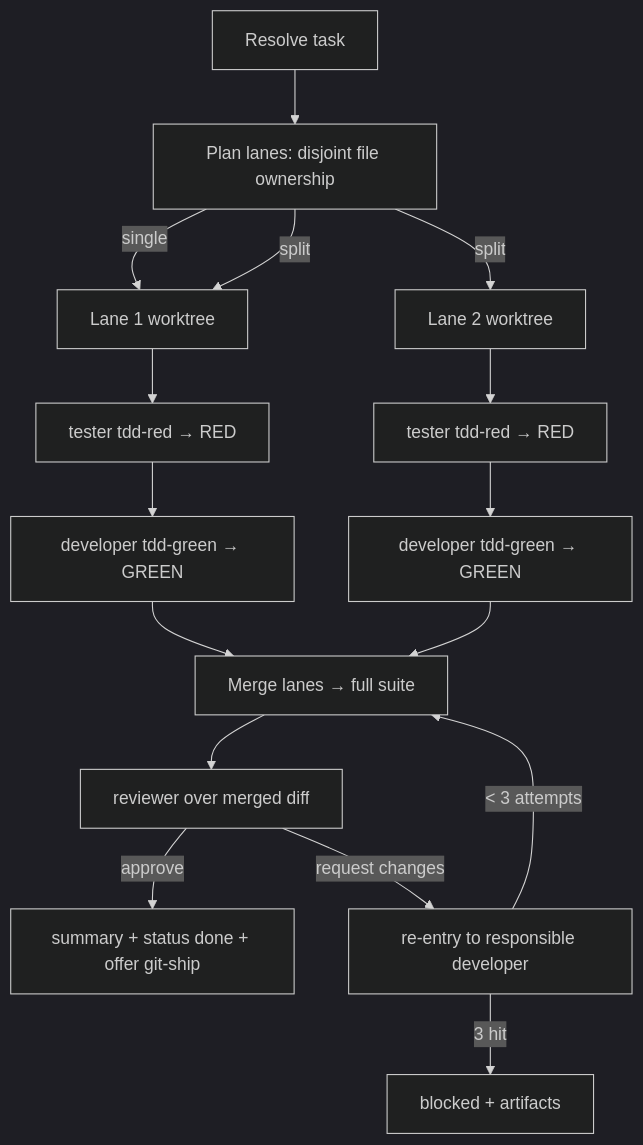
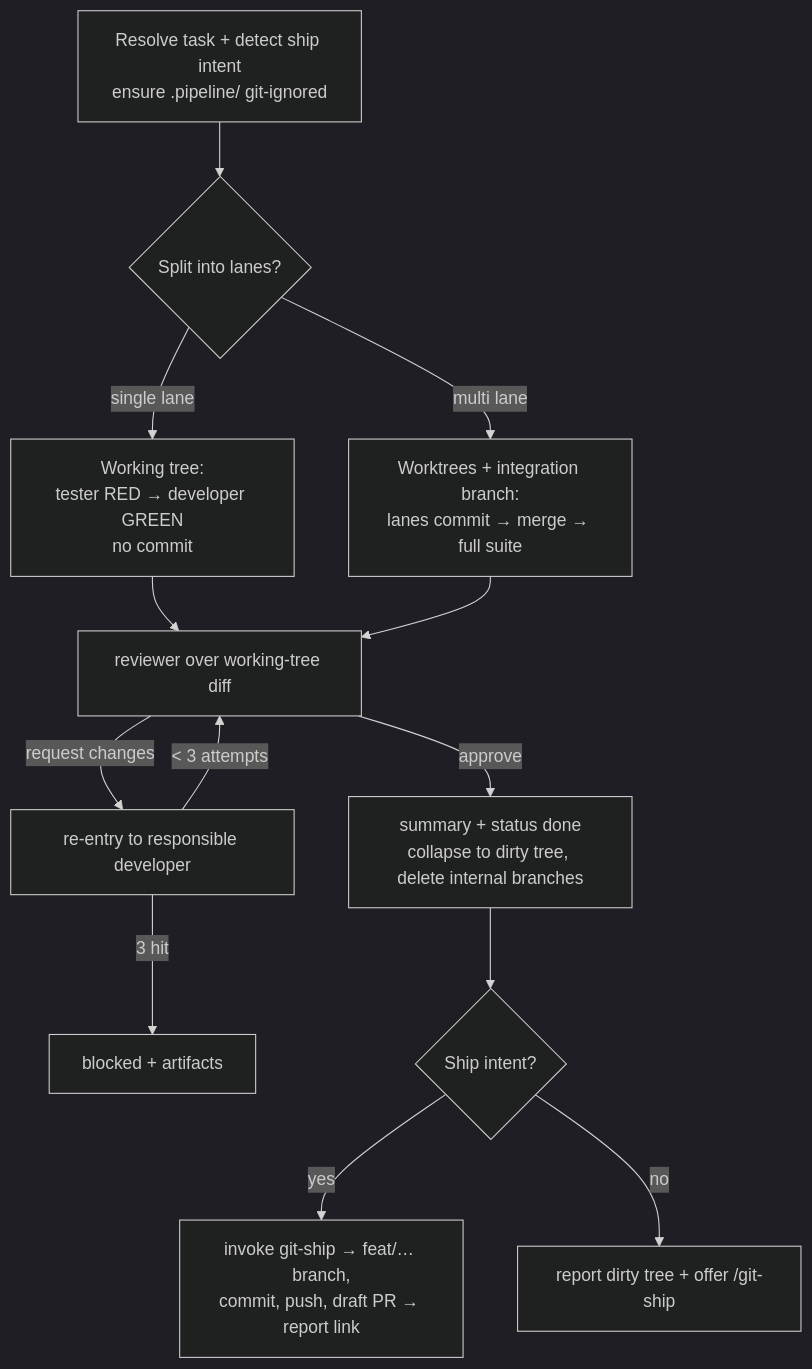
One commit to MelchenkoIvan/ai-toolkit-claude changed the diagram in plugins/workflows/skills/feature-pipeline/SKILL.md. Above: the diagram before and after it, drawn with Mermaid (dark theme). The commit also changed other lines of this file, not shown here.

Commit message:
feat(workflows): feature-pipeline hands git to git-ship, ends on dirty tree

````diff
--- a/plugins/workflows/skills/feature-pipeline/SKILL.md
+++ b/plugins/workflows/skills/feature-pipeline/SKILL.md
@@ -170,15 +245,15 @@
 ```mermaid
 flowchart TD
-    A[Resolve task] --> B[Plan lanes: disjoint file ownership]
-    B -->|single| L1[Lane 1 worktree]
-    B -->|split| L1 & L2[Lane 2 worktree]
-    L1 --> T1[tester tdd-red → RED] --> D1[developer tdd-green → GREEN]
-    L2 --> T2[tester tdd-red → RED] --> D2[developer tdd-green → GREEN]
-    D1 --> M[Merge lanes → full suite]
-    D2 --> M
-    M --> R[reviewer over merged diff]
-    R -->|approve| F[summary + status done + offer git-ship]
+    A[Resolve task + detect ship intent<br/>ensure .pipeline/ git-ignored] --> B{Split into lanes?}
+    B -->|single lane| S[Working tree:<br/>tester RED → developer GREEN<br/>no commit]
+    B -->|multi lane| P[Worktrees + integration branch:<br/>lanes commit → merge → full suite]
+    S --> R[reviewer over working-tree diff]
+    P --> R
     R -->|request changes| RT[re-entry to responsible developer]
-    RT -->|< 3 attempts| M
+    RT -->|< 3 attempts| R
     RT -->|3 hit| BL[blocked + artifacts]
+    R -->|approve| F[summary + status done<br/>collapse to dirty tree, delete internal branches]
+    F --> I{Ship intent?}
+    I -->|yes| G[invoke git-ship → feat/… branch,<br/>commit, push, draft PR → report link]
+    I -->|no| O[report dirty tree + offer /git-ship]
 ```
````
